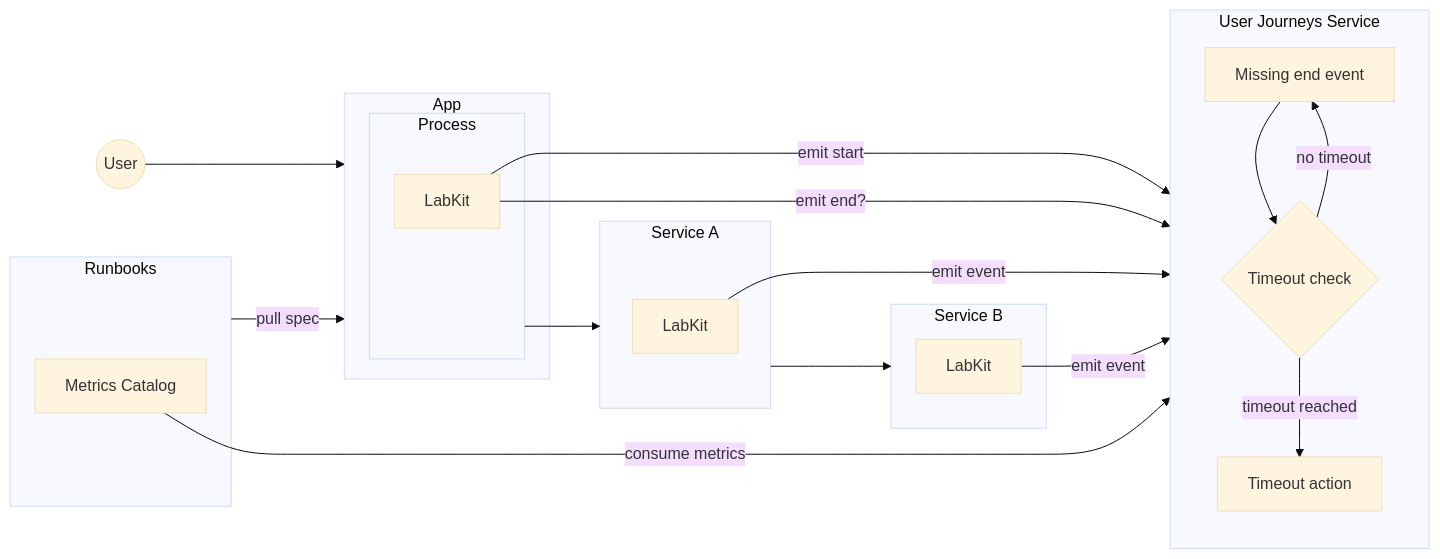
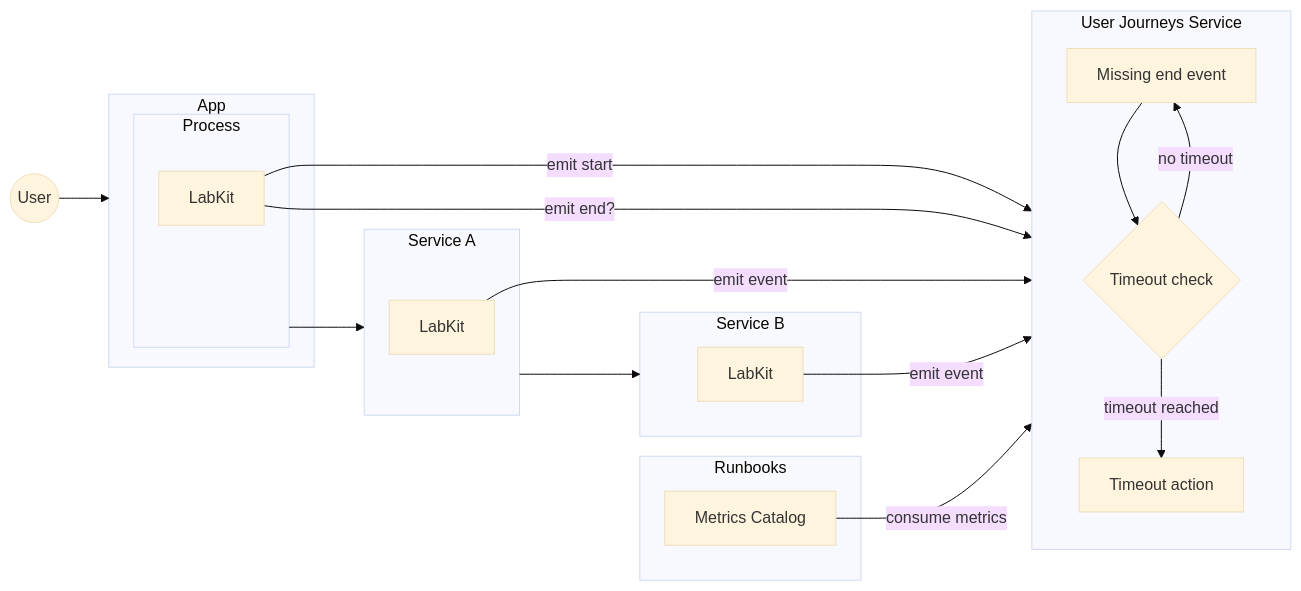
Before and after one commit to zalyoung/gitlab-handbook: the first of 2 diagrams in content/handbook/engineering/architecture/design-documents/user_journey_slis/_index.md, drawn with Mermaid (base theme). The commit also changed other lines of this file, not shown here.

````diff
--- a/content/handbook/engineering/architecture/design-documents/user_journey_slis/_index.md
+++ b/content/handbook/engineering/architecture/design-documents/user_journey_slis/_index.md
@@ -76,42 +76,41 @@
 ```mermaid
 flowchart LR
     User@{shape: circle}
 
     subgraph App
         subgraph Process
             LabKit
         end
     end
 
     subgraph journeyService[User Journeys Service]
         missing_end[Missing end event]
         timeout_check{Timeout check}
         timeout_action[Timeout action]
 
         missing_end --> timeout_check
         timeout_check --no timeout--> missing_end
         timeout_check --timeout reached--> timeout_action
     end
 
     subgraph Runbooks
         metricsCatalog[Metrics Catalog]
     end
 
     subgraph s1[Service A]
         LabKitS1[LabKit]
     end
     subgraph s2[Service B]
         LabKitS2[LabKit]
     end
 
     User --> App
     Process --> s1
     LabKit --emit start--> journeyService
     LabKit --emit end?--> journeyService
     s1 --> s2
     LabKitS1 --emit event--> journeyService
     LabKitS2 --emit event--> journeyService
 
-    Runbooks --pull spec--> App
     metricsCatalog --consume metrics--> journeyService
 ```
````
